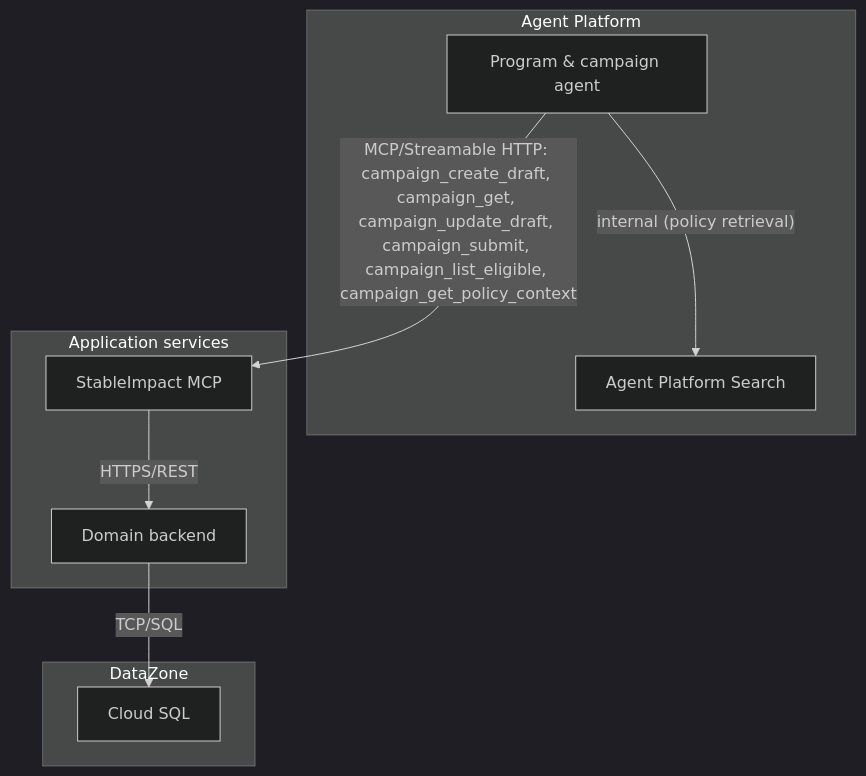
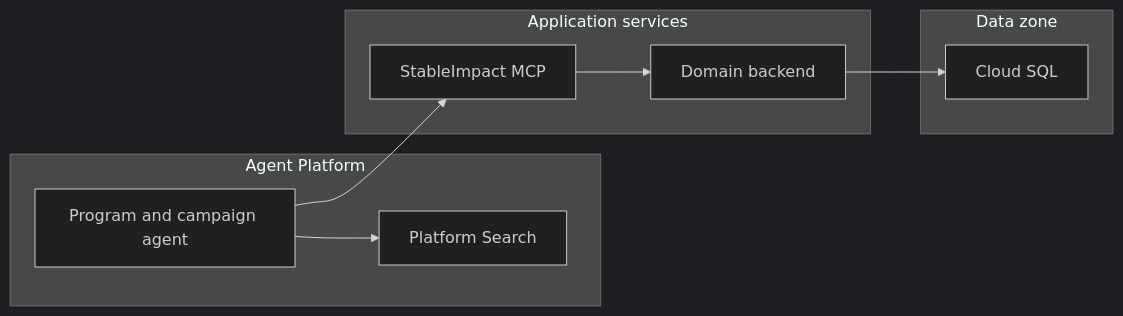
Before and after one commit to eweinmanepam/Documents: the fifth of 19 diagrams in stableimpact-design.md, drawn with Mermaid (dark theme). The commit also changed other lines of this file, not shown here.

````diff
--- a/stableimpact-design.md
+++ b/stableimpact-design.md
@@ -226,21 +213,19 @@
 ```mermaid
-flowchart TB
+flowchart LR
   subgraph Platform[Agent Platform]
-    AGENT[Program & campaign agent]
-    SEARCH[Agent Platform Search]
+    AGENT[Program and campaign agent]
+    SEARCH[Platform Search]
   end
 
   subgraph AppSvc[Application services]
     MCP[StableImpact MCP]
     API[Domain backend]
   end
 
-  subgraph DataZone[DataZone]
+  subgraph DataZone[Data zone]
     SQL[Cloud SQL]
   end
 
-  AGENT -- internal (policy retrieval) --> SEARCH
-  AGENT -- MCP/Streamable HTTP: campaign_create_draft, campaign_get, campaign_update_draft, campaign_submit, campaign_list_eligible, campaign_get_policy_context --> MCP
-  MCP -- HTTPS/REST --> API
-  API -- TCP/SQL --> SQL
+  AGENT --> SEARCH
+  AGENT --> MCP --> API --> SQL
 ```
````
